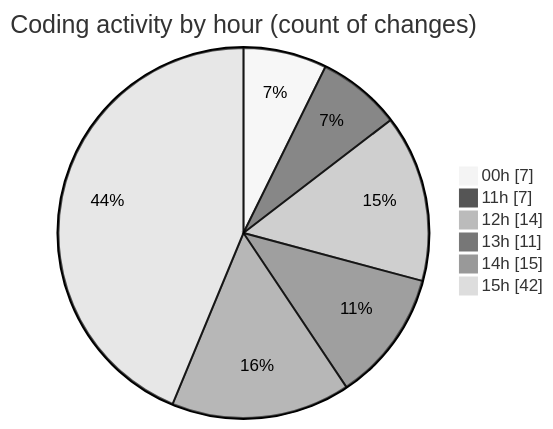
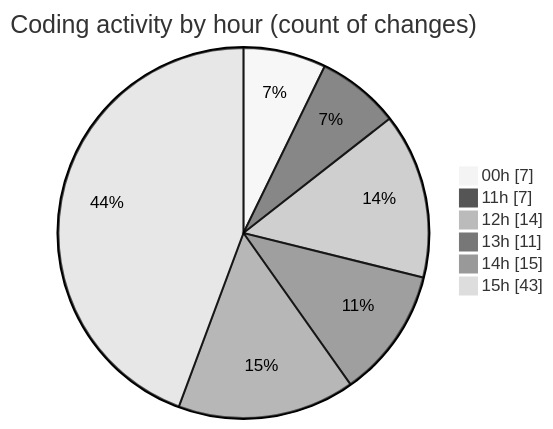
The second of 2 diagrams in 2025-10-08/eventscop-frontend-guide__workspace_/README.md (julien-gomy/code-tracking), drawn with Mermaid (neutral theme) before and after one commit. The commit also changed other lines of this file and 1 other file, not shown here.

````diff
--- a/2025-10-08/eventscop-frontend-guide__workspace_/README.md
+++ b/2025-10-08/eventscop-frontend-guide__workspace_/README.md
@@ -47,10 +47,10 @@
 ```mermaid
 pie showData
 title Coding activity by hour (count of changes)
 "00h" : 7
 "11h" : 7
 "12h" : 14
 "13h" : 11
 "14h" : 15
-"15h" : 42
+"15h" : 43
 ```
````
